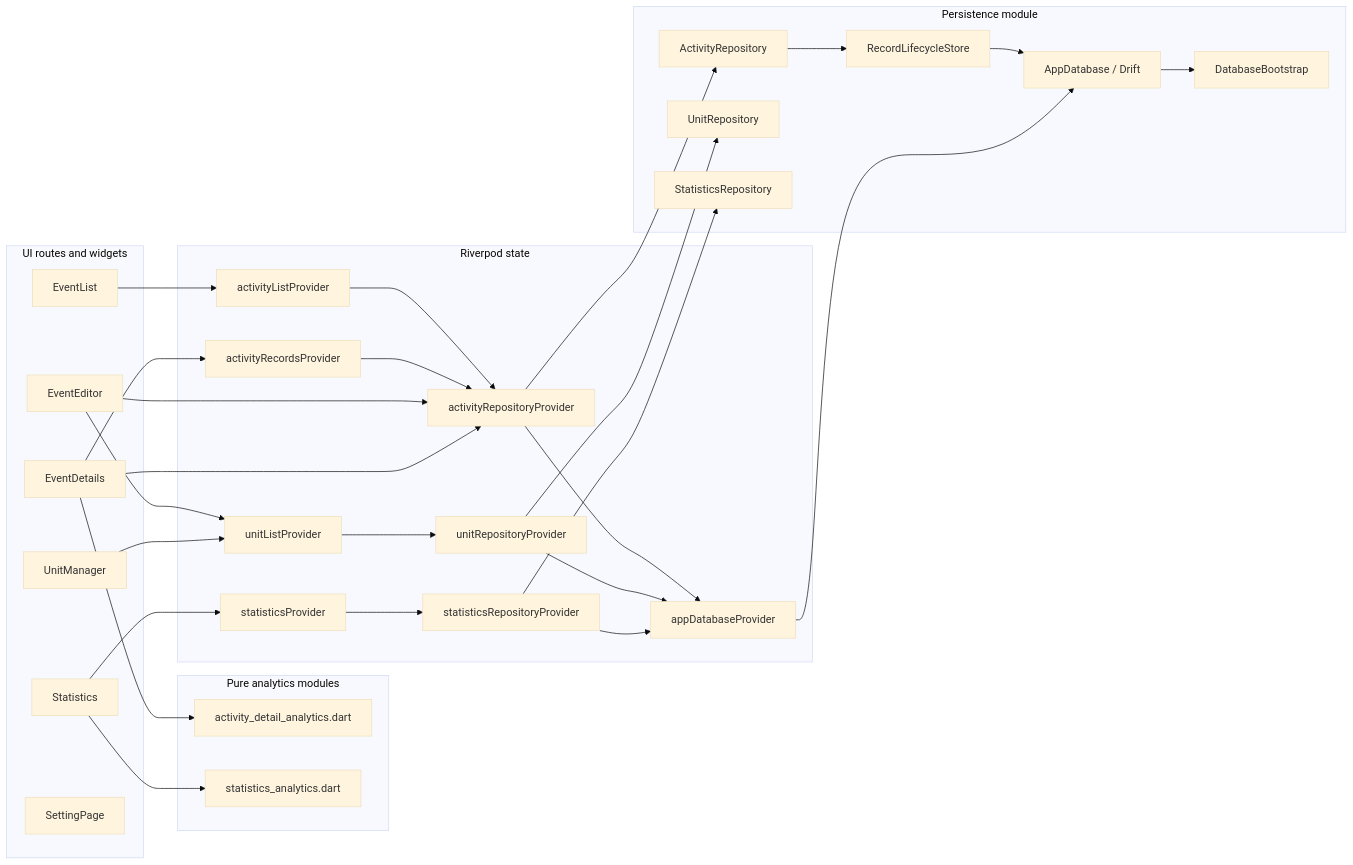
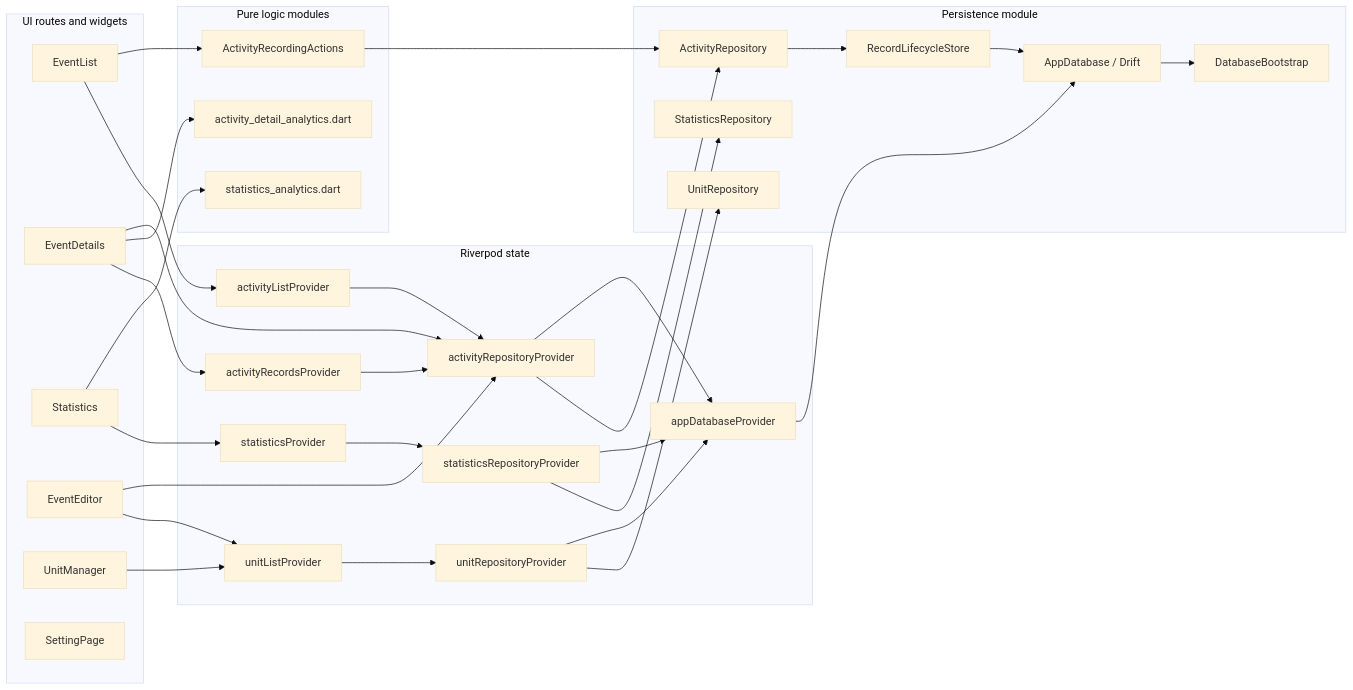
Before and after one commit to Guoyuer/eventTracker: the first of 5 diagrams in docs/architecture/module-flow.md, drawn with Mermaid (base theme). The commit also changed other lines of this file and 9 other files, not shown here.

Commit message:
Extract activity recording actions

````diff
--- a/docs/architecture/module-flow.md
+++ b/docs/architecture/module-flow.md
@@ -7,60 +7,63 @@
 ```mermaid
 flowchart LR
   subgraph UI["UI routes and widgets"]
     EventList["EventList"]
     EventDetails["EventDetails"]
     Statistics["Statistics"]
     EventEditor["EventEditor"]
     UnitManager["UnitManager"]
     Settings["SettingPage"]
   end
 
-  subgraph Analytics["Pure analytics modules"]
+  subgraph Logic["Pure logic modules"]
     ActivityDetailAnalytics["activity_detail_analytics.dart"]
     StatisticsAnalytics["statistics_analytics.dart"]
+    ActivityRecordingActions["ActivityRecordingActions"]
   end
 
   subgraph State["Riverpod state"]
     AppDatabaseProvider["appDatabaseProvider"]
     ActivityRepositoryProvider["activityRepositoryProvider"]
     UnitRepositoryProvider["unitRepositoryProvider"]
     StatisticsRepositoryProvider["statisticsRepositoryProvider"]
     ActivityListProvider["activityListProvider"]
     ActivityRecordsProvider["activityRecordsProvider"]
     UnitListProvider["unitListProvider"]
     StatisticsProvider["statisticsProvider"]
   end
 
   subgraph Persistence["Persistence module"]
     DatabaseBootstrap["DatabaseBootstrap"]
     ActivityRepository["ActivityRepository"]
     RecordLifecycleStore["RecordLifecycleStore"]
     UnitRepository["UnitRepository"]
     StatisticsRepository["StatisticsRepository"]
     AppDatabase["AppDatabase / Drift"]
   end
 
   EventList --> ActivityListProvider
+  EventList --> ActivityRecordingActions
+  ActivityRecordingActions --> ActivityRepository
   ActivityListProvider --> ActivityRepositoryProvider
   EventDetails --> ActivityRecordsProvider
   ActivityRecordsProvider --> ActivityRepositoryProvider
   EventEditor --> UnitListProvider
   UnitManager --> UnitListProvider
   UnitListProvider --> UnitRepositoryProvider
   Statistics --> StatisticsProvider
   StatisticsProvider --> StatisticsRepositoryProvider
   EventEditor --> ActivityRepositoryProvider
   EventDetails --> ActivityDetailAnalytics
   EventDetails --> ActivityRepositoryProvider
   Statistics --> StatisticsAnalytics
   ActivityRepositoryProvider --> ActivityRepository
   ActivityRepository --> RecordLifecycleStore
   RecordLifecycleStore --> AppDatabase
   UnitRepositoryProvider --> UnitRepository
   StatisticsRepositoryProvider --> StatisticsRepository
   ActivityRepositoryProvider --> AppDatabaseProvider
   UnitRepositoryProvider --> AppDatabaseProvider
   StatisticsRepositoryProvider --> AppDatabaseProvider
   AppDatabaseProvider --> AppDatabase
   AppDatabase --> DatabaseBootstrap
 ```
````
